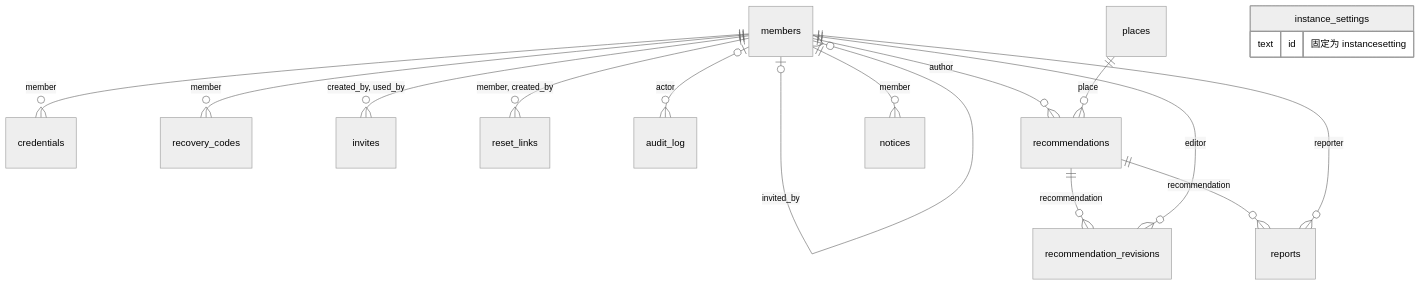
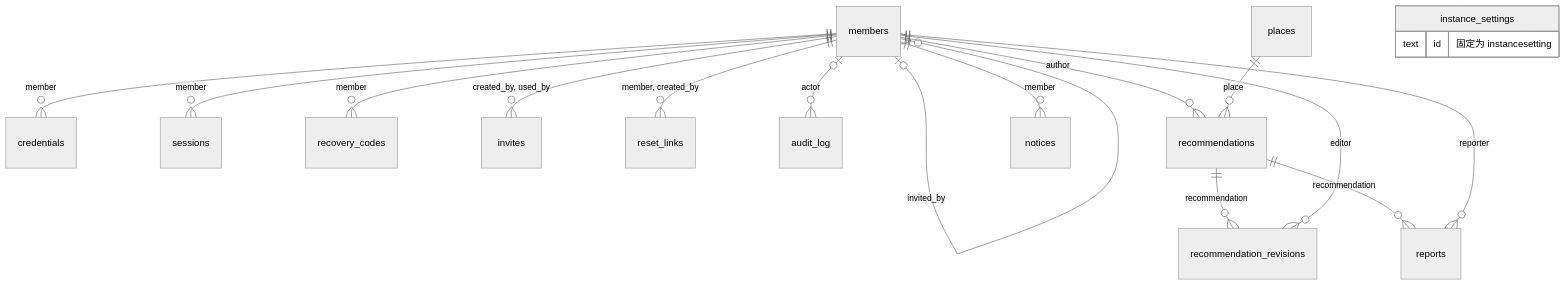
Before and after one commit to EatWell-Studio/OSFM: the seventh of 7 diagrams in docs/architecture.md, drawn with Mermaid (neutral theme). The commit also changed other lines of this file and 30 other files, not shown here.

````diff
--- a/docs/architecture.md
+++ b/docs/architecture.md
@@ -213,19 +236,20 @@
 ```mermaid
 erDiagram
     members ||--o{ credentials : "member"
+    members ||--o{ sessions : "member"
     members ||--o{ recovery_codes : "member"
     members ||--o{ invites : "created_by, used_by"
     members ||--o{ reset_links : "member, created_by"
     members |o--o{ members : "invited_by"
     members |o--o{ audit_log : "actor"
     members ||--o{ recommendations : "author"
     places ||--o{ recommendations : "place"
     recommendations ||--o{ recommendation_revisions : "recommendation"
     members ||--o{ recommendation_revisions : "editor"
     recommendations ||--o{ reports : "recommendation"
     members ||--o{ reports : "reporter"
     members ||--o{ notices : "member"
     instance_settings {
         text id "固定为 instancesetting"
     }
 ```
````
